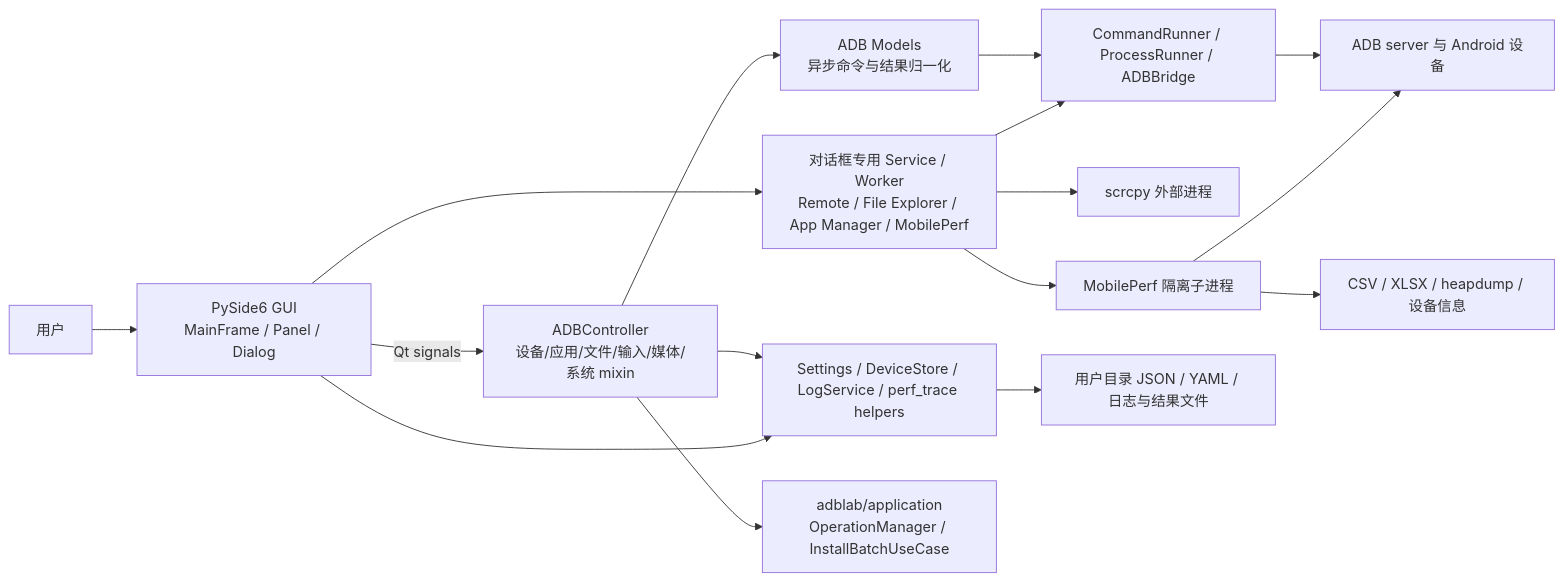
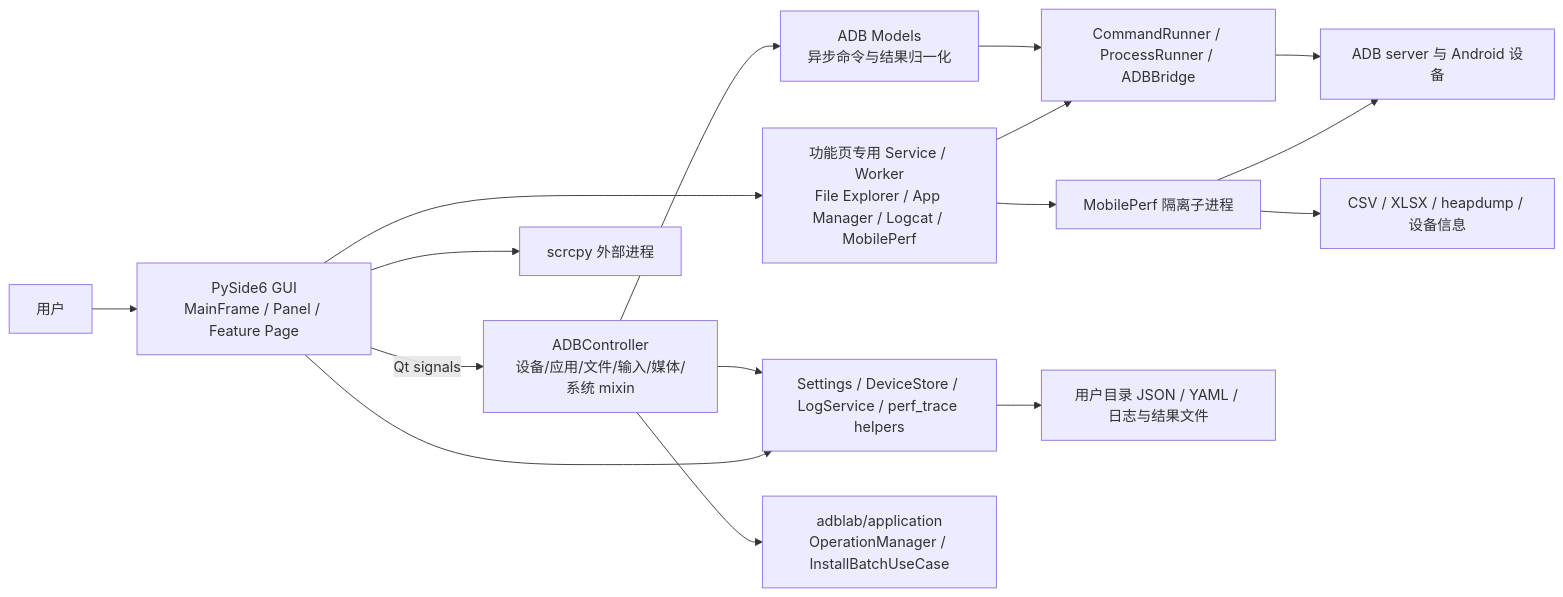
The first of 2 diagrams in docs/project-knowledge/ARCHITECTURE.md (BlackHu-art/ADBLab), drawn with Mermaid before and after one commit. The commit also changed other lines of this file and 104 other files, not shown here.

````diff
--- a/docs/project-knowledge/ARCHITECTURE.md
+++ b/docs/project-knowledge/ARCHITECTURE.md
@@ -17,18 +18,18 @@
 ```mermaid
 flowchart LR
-    User["用户"] --> GUI["PySide6 GUI<br/>MainFrame / Panel / Dialog"]
+    User["用户"] --> GUI["PySide6 GUI<br/>MainFrame / Panel / Feature Page"]
     GUI -->|"Qt signals"| Controller["ADBController<br/>设备/应用/文件/输入/媒体/系统 mixin"]
     Controller --> Models["ADB Models<br/>异步命令与结果归一化"]
-    GUI --> DialogServices["对话框专用 Service / Worker<br/>Remote / File Explorer / App Manager / MobilePerf"]
+    GUI --> FeatureServices["功能页专用 Service / Worker<br/>File Explorer / App Manager / Logcat / MobilePerf"]
     Models --> Exec["CommandRunner / ProcessRunner / ADBBridge"]
-    DialogServices --> Exec
+    FeatureServices --> Exec
     Exec --> ADB["ADB server 与 Android 设备"]
-    DialogServices --> Scrcpy["scrcpy 外部进程"]
-    DialogServices --> MP["MobilePerf 隔离子进程"]
+    GUI --> Scrcpy["scrcpy 外部进程"]
+    FeatureServices --> MP["MobilePerf 隔离子进程"]
     Controller --> Core["Settings / DeviceStore / LogService / perf_trace helpers"]
     Controller --> UseCases["adblab/application<br/>OperationManager / InstallBatchUseCase"]
     GUI --> Core
     Core --> Store["用户目录 JSON / YAML / 日志与结果文件"]
     MP --> ADB
     MP --> Results["CSV / XLSX / heapdump / 设备信息"]
 ```
````
